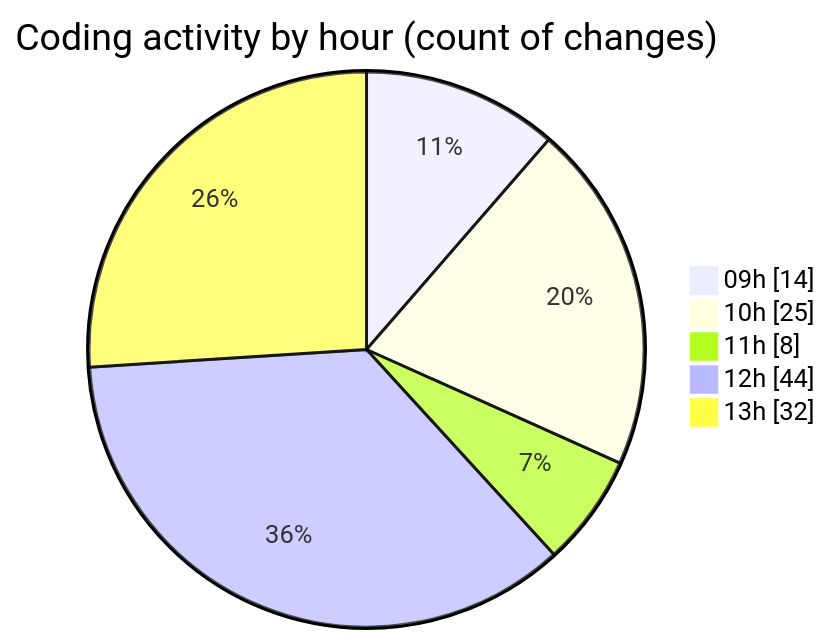
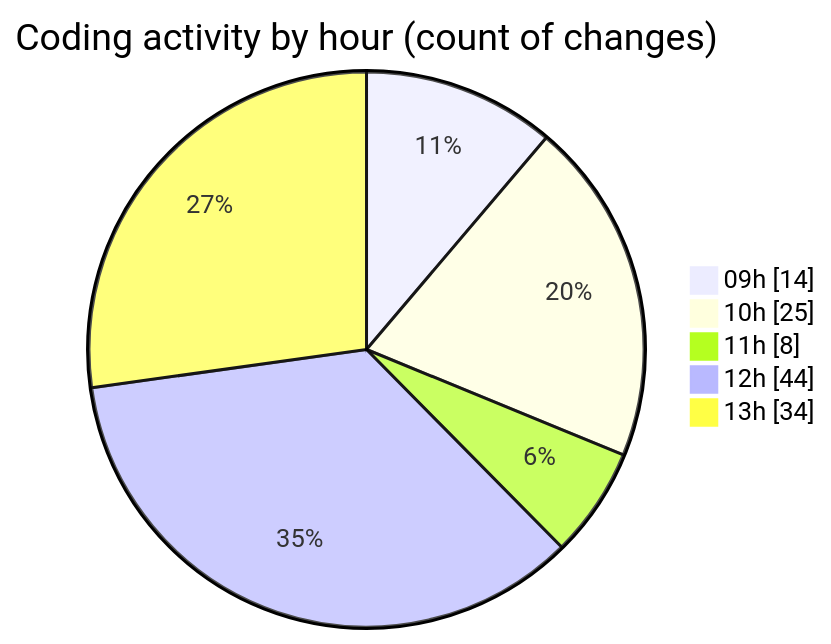
The second of 2 diagrams in 2025-06-03/cda/README.md (momahboobian/code-tracking), drawn with Mermaid before and after one commit. The commit also changed other lines of this file and 1 other file, not shown here.

````diff
--- a/2025-06-03/cda/README.md
+++ b/2025-06-03/cda/README.md
@@ -34,9 +34,9 @@
 ```mermaid
 pie showData
 title Coding activity by hour (count of changes)
 "09h" : 14
 "10h" : 25
 "11h" : 8
 "12h" : 44
-"13h" : 32
+"13h" : 34
 ```
````
